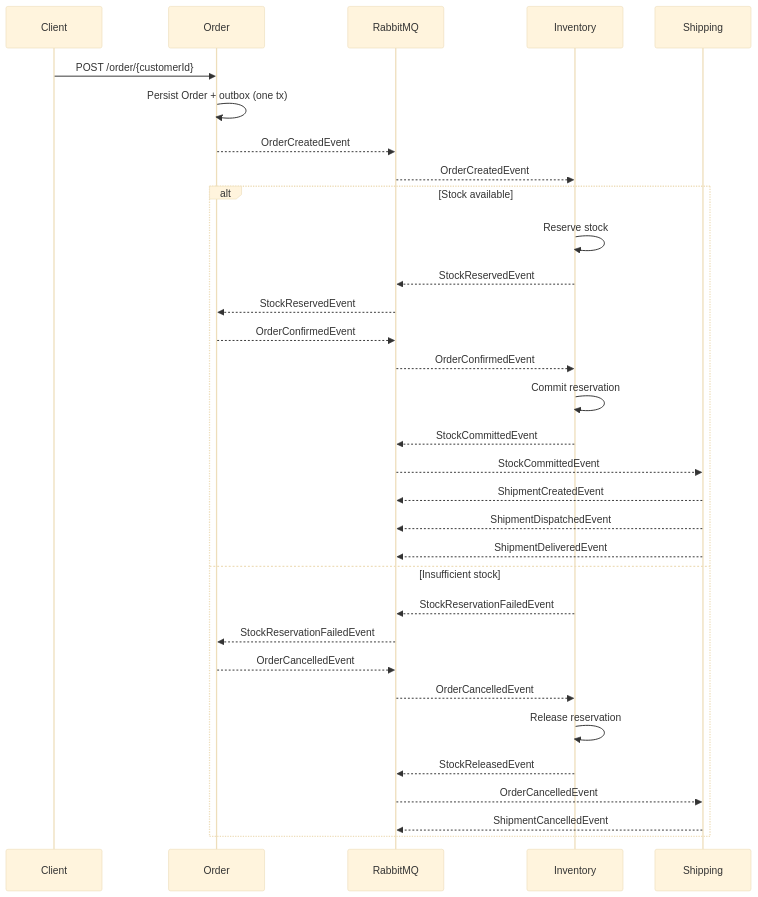
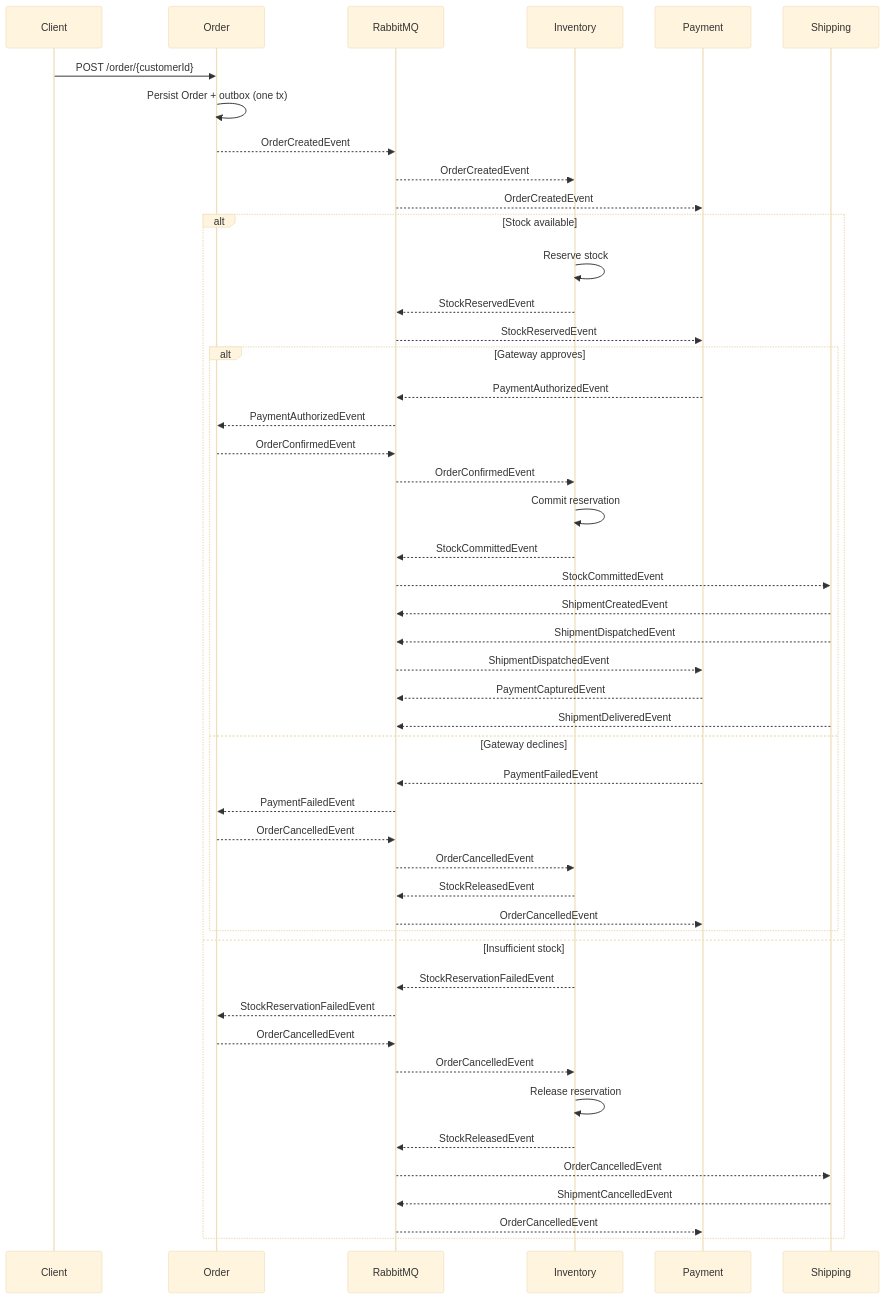
One commit to daonhan/Microservices-in-.NET changed the second of 3 diagrams in docs/wiki/Architecture.md. Above: the diagram before and after it, drawn with Mermaid (base theme). The commit also changed other lines of this file and 7 other files, not shown here.

````diff
--- a/docs/wiki/Architecture.md
+++ b/docs/wiki/Architecture.md
@@ -50,35 +54,51 @@
 ```mermaid
 sequenceDiagram
     participant Client
     participant Order
     participant Bus as RabbitMQ
     participant Inventory
+    participant Payment
     participant Shipping
 
     Client->>Order: POST /order/{customerId}
     Order->>Order: Persist Order + outbox (one tx)
     Order-->>Bus: OrderCreatedEvent
     Bus-->>Inventory: OrderCreatedEvent
+    Bus-->>Payment: OrderCreatedEvent
     alt Stock available
         Inventory->>Inventory: Reserve stock
         Inventory-->>Bus: StockReservedEvent
-        Bus-->>Order: StockReservedEvent
-        Order-->>Bus: OrderConfirmedEvent
-        Bus-->>Inventory: OrderConfirmedEvent
-        Inventory->>Inventory: Commit reservation
-        Inventory-->>Bus: StockCommittedEvent
-        Bus-->>Shipping: StockCommittedEvent
-        Shipping-->>Bus: ShipmentCreatedEvent
-        Shipping-->>Bus: ShipmentDispatchedEvent
-        Shipping-->>Bus: ShipmentDeliveredEvent
+        Bus-->>Payment: StockReservedEvent
+        alt Gateway approves
+            Payment-->>Bus: PaymentAuthorizedEvent
+            Bus-->>Order: PaymentAuthorizedEvent
+            Order-->>Bus: OrderConfirmedEvent
+            Bus-->>Inventory: OrderConfirmedEvent
+            Inventory->>Inventory: Commit reservation
+            Inventory-->>Bus: StockCommittedEvent
+            Bus-->>Shipping: StockCommittedEvent
+            Shipping-->>Bus: ShipmentCreatedEvent
+            Shipping-->>Bus: ShipmentDispatchedEvent
+            Bus-->>Payment: ShipmentDispatchedEvent
+            Payment-->>Bus: PaymentCapturedEvent
+            Shipping-->>Bus: ShipmentDeliveredEvent
+        else Gateway declines
+            Payment-->>Bus: PaymentFailedEvent
+            Bus-->>Order: PaymentFailedEvent
+            Order-->>Bus: OrderCancelledEvent
+            Bus-->>Inventory: OrderCancelledEvent
+            Inventory-->>Bus: StockReleasedEvent
+            Bus-->>Payment: OrderCancelledEvent
+        end
     else Insufficient stock
         Inventory-->>Bus: StockReservationFailedEvent
         Bus-->>Order: StockReservationFailedEvent
         Order-->>Bus: OrderCancelledEvent
         Bus-->>Inventory: OrderCancelledEvent
         Inventory->>Inventory: Release reservation
         Inventory-->>Bus: StockReleasedEvent
         Bus-->>Shipping: OrderCancelledEvent
         Shipping-->>Bus: ShipmentCancelledEvent
+        Bus-->>Payment: OrderCancelledEvent
     end
 ```
````
